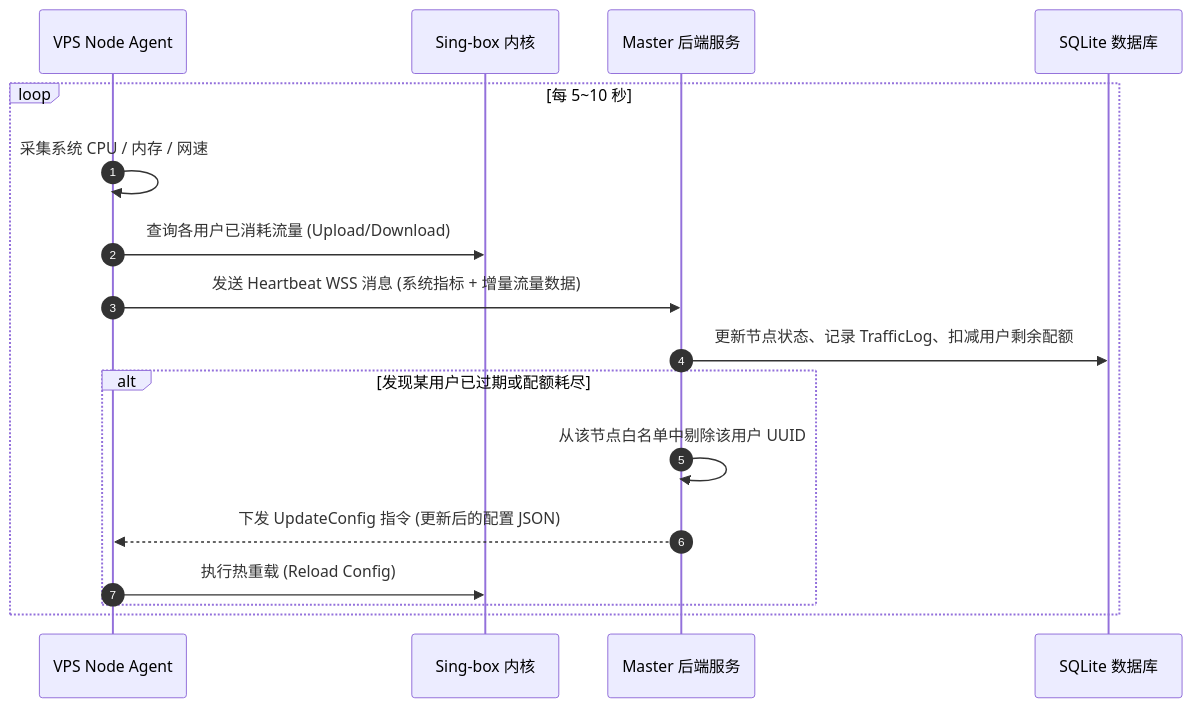
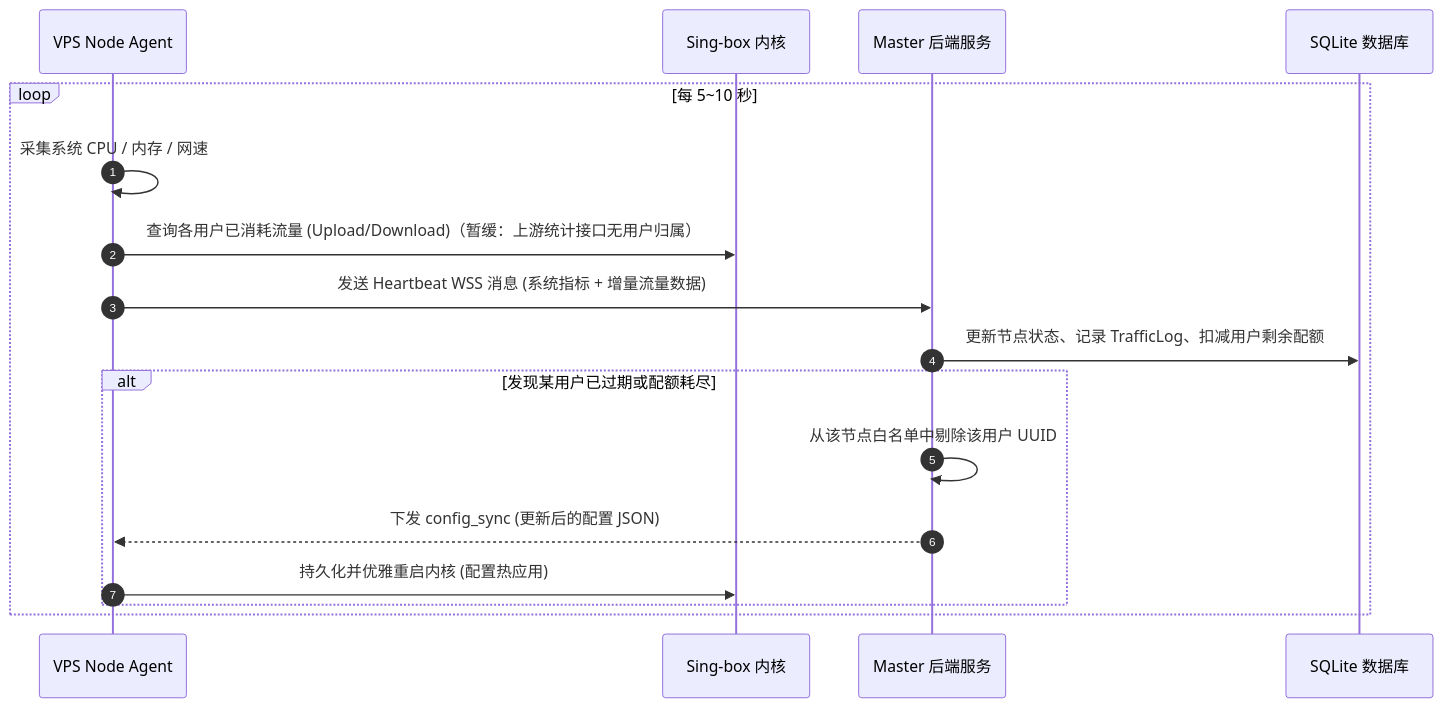
The third of 3 diagrams in docs/ARCHITECTURE.md (Nanako660/riricloud), drawn with Mermaid before and after one commit. The commit also changed other lines of this file and 20 other files, not shown here.

````diff
--- a/docs/ARCHITECTURE.md
+++ b/docs/ARCHITECTURE.md
@@ -106,21 +106,21 @@
 ```mermaid
 sequenceDiagram
     autonumber
     participant Agent as VPS Node Agent
     participant Singbox as Sing-box 内核
     participant Master as Master 后端服务
     participant DB as SQLite 数据库
 
     loop 每 5~10 秒
         Agent->>Agent: 采集系统 CPU / 内存 / 网速
-        Agent->>Singbox: 查询各用户已消耗流量 (Upload/Download)
+        Agent->>Singbox: 查询各用户已消耗流量 (Upload/Download)（暂缓：上游统计接口无用户归属）
         Agent->>Master: 发送 Heartbeat WSS 消息 (系统指标 + 增量流量数据)
         Master->>DB: 更新节点状态、记录 TrafficLog、扣减用户剩余配额
         
         alt 发现某用户已过期或配额耗尽
             Master->>Master: 从该节点白名单中剔除该用户 UUID
-            Master-->>Agent: 下发 UpdateConfig 指令 (更新后的配置 JSON)
-            Agent->>Singbox: 执行热重载 (Reload Config)
+            Master-->>Agent: 下发 config_sync (更新后的配置 JSON)
+            Agent->>Singbox: 持久化并优雅重启内核 (配置热应用)
         end
     end
 ```
````
